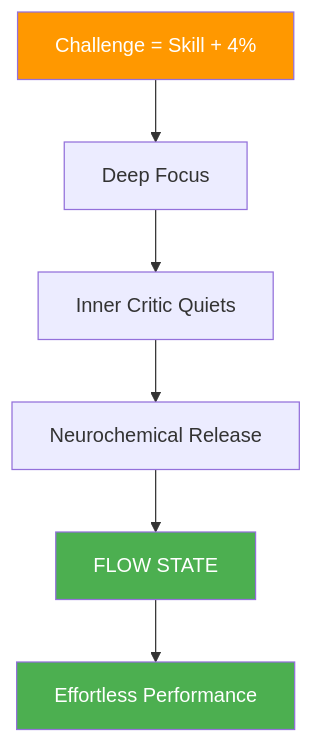
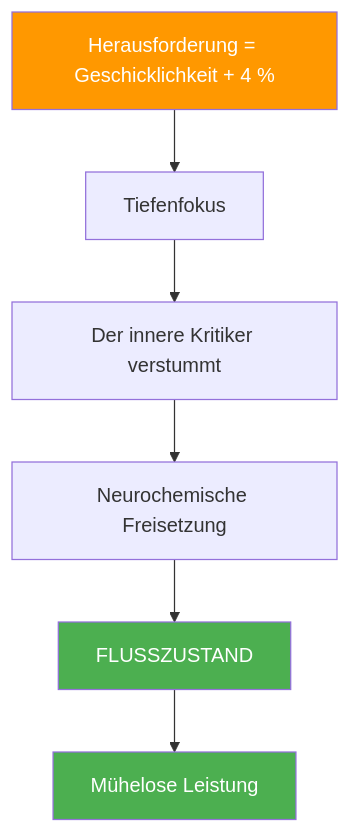
Before and after one commit to patwii/petanque-academy: the first of 2 diagrams in docs/de/articles/flow-state-science.md, drawn with Mermaid. The commit also changed other lines of this file and 550 other files, not shown here.

````diff
--- a/docs/de/articles/flow-state-science.md
+++ b/docs/de/articles/flow-state-science.md
@@ -22,12 +22,12 @@
 ```mermaid
 flowchart TD
-    A[Challenge = Skill + 4%] --> B[Deep Focus]
-    B --> C[Inner Critic Quiets]
-    C --> D[Neurochemical Release]
-    D --> E[FLOW STATE]
-    E --> F[Effortless Performance]
+    A[Herausforderung = Geschicklichkeit + 4 %] --> B[Tiefenfokus]
+    B --> C[Der innere Kritiker verstummt]
+    C --> D[Neurochemische Freisetzung]
+    D --> E[FLUSSZUSTAND]
+    E --> F[Mühelose Leistung]
 
     style A fill:#FF9800,color:#fff
     style E fill:#4CAF50,color:#fff
     style F fill:#4CAF50,color:#fff
 ```
````
